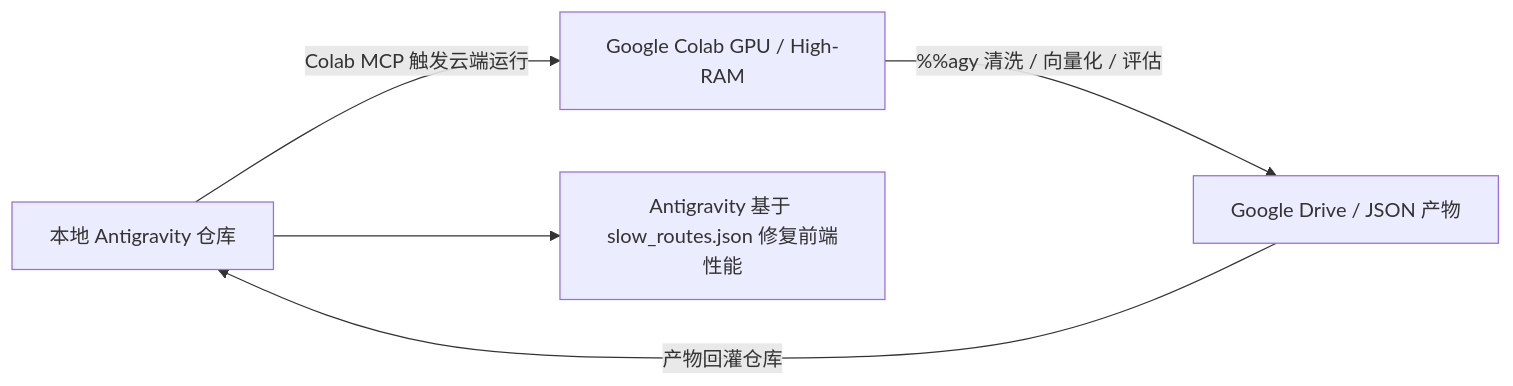
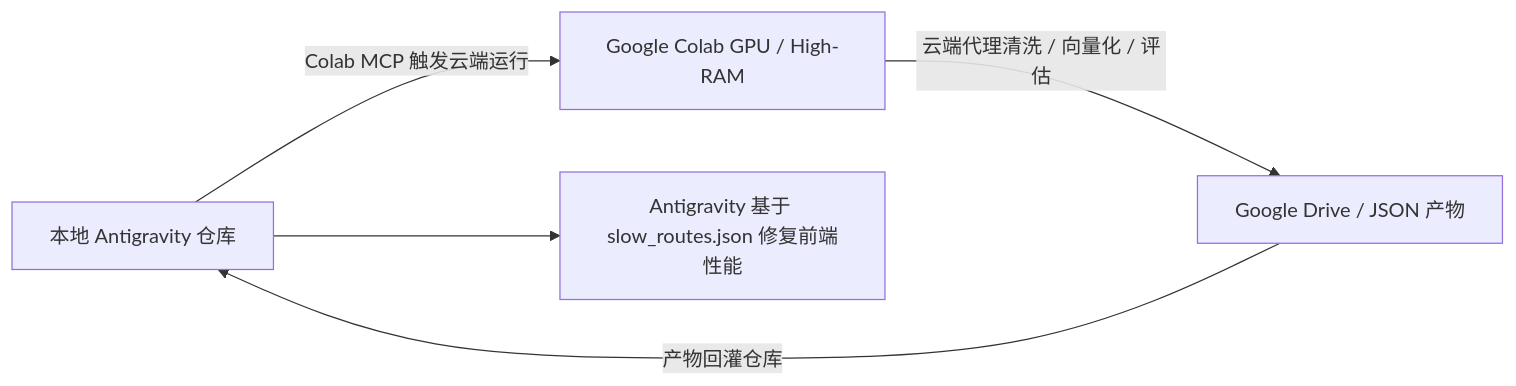
The diagram in gemini/ch06_colab_agy_pipelines.md (aipmer/codex-blue-book), drawn with Mermaid before and after one commit. The commit also changed other lines of this file and 144 other files, not shown here.

````diff
--- a/gemini/ch06_colab_agy_pipelines.md
+++ b/gemini/ch06_colab_agy_pipelines.md
@@ -87,7 +85,7 @@
 ```mermaid
 flowchart LR
     Repo["本地 Antigravity 仓库"] -->|"Colab MCP 触发云端运行"| Colab["Google Colab GPU / High-RAM"]
-    Colab -->|"%%agy 清洗 / 向量化 / 评估"| Drive["Google Drive / JSON 产物"]
+    Colab -->|"云端代理清洗 / 向量化 / 评估"| Drive["Google Drive / JSON 产物"]
     Drive -->|"产物回灌仓库"| Repo
     Repo --> Fix["Antigravity 基于 slow_routes.json 修复前端性能"]
 ```
````
